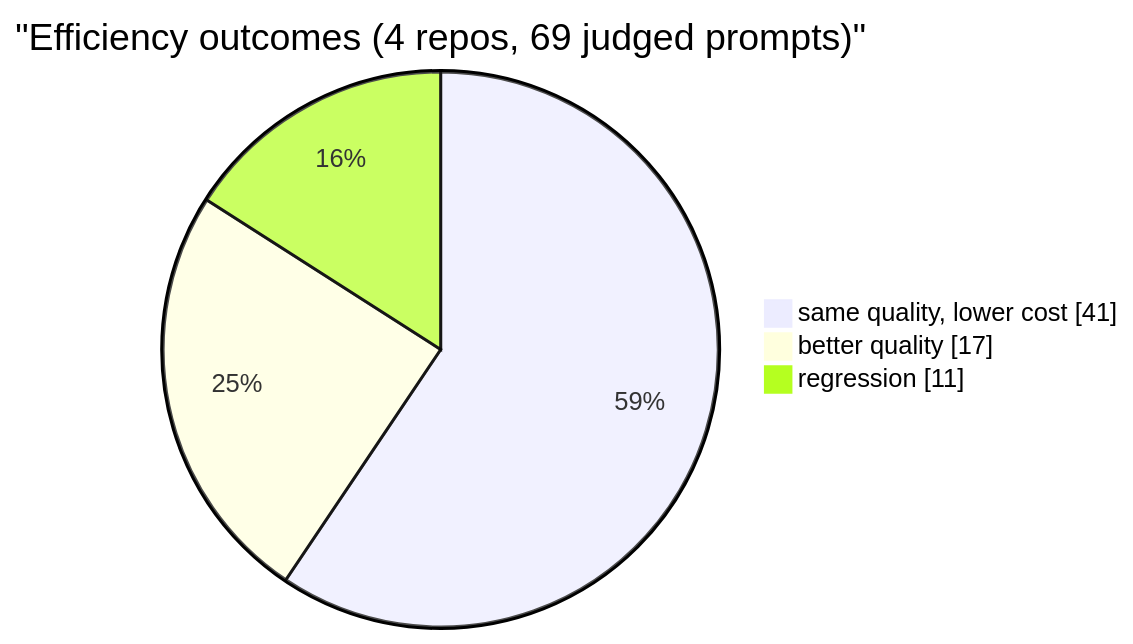
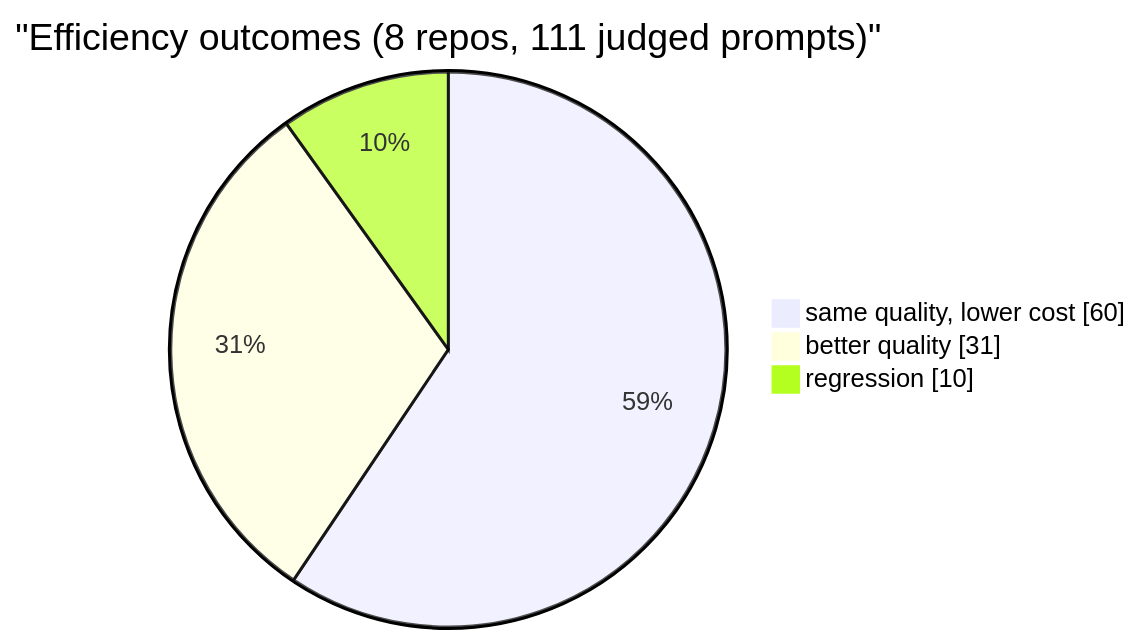
One commit to siropkin/budi changed the second of 2 diagrams in README.md. Above: the diagram before and after it, drawn with Mermaid. The commit also changed other lines of this file and 5 other files, not shown here.

````diff
--- a/README.md
+++ b/README.md
@@ -45,7 +46,7 @@
 ```mermaid
 pie showData
-    title "Efficiency outcomes (4 repos, 69 judged prompts)"
-    "same quality, lower cost" : 41
-    "better quality" : 17
-    "regression" : 11
+    title "Efficiency outcomes (8 repos, 111 judged prompts)"
+    "same quality, lower cost" : 60
+    "better quality" : 31
+    "regression" : 10
 ```
````
